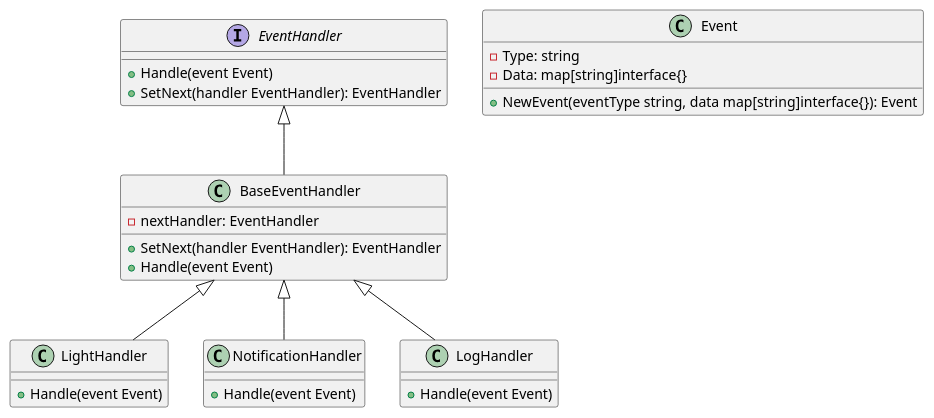
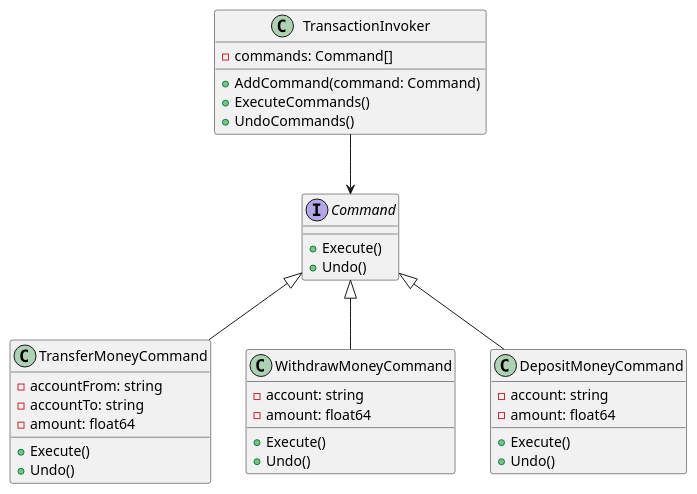
The diagram in klassifikaciya-patternov/povedencheskie-patterny-behavioral-patterns/komanda-command/primery/upravlenie-tranzakciyami-v-baze-dannykh/go.md (andrewovchinnikov/design-patterns), drawn with PlantUML before and after one commit. The commit also changed other lines of this file and 5 other files, not shown here.

````diff
--- a/klassifikaciya-patternov/povedencheskie-patterny-behavioral-patterns/komanda-command/primery/upravlenie-tranzakciyami-v-baze-dannykh/go.md
+++ b/klassifikaciya-patternov/povedencheskie-patterny-behavioral-patterns/komanda-command/primery/upravlenie-tranzakciyami-v-baze-dannykh/go.md
@@ -121,37 +136,44 @@
 ```plantuml
 @startuml
-interface EventHandler {
-    +Handle(event Event)
-    +SetNext(handler EventHandler): EventHandler
+
+interface Command {
+    +Execute()
+    +Undo()
 }
 
-class BaseEventHandler {
-    -nextHandler: EventHandler
-    +SetNext(handler EventHandler): EventHandler
-    +Handle(event Event)
+class TransferMoneyCommand {
+    -accountFrom: string
+    -accountTo: string
+    -amount: float64
+    +Execute()
+    +Undo()
 }
 
-class LightHandler {
-    +Handle(event Event)
+class WithdrawMoneyCommand {
+    -account: string
+    -amount: float64
+    +Execute()
+    +Undo()
 }
 
-class NotificationHandler {
-    +Handle(event Event)
+class DepositMoneyCommand {
+    -account: string
+    -amount: float64
+    +Execute()
+    +Undo()
 }
 
-class LogHandler {
-    +Handle(event Event)
+class TransactionInvoker {
+    -commands: Command[]
+    +AddCommand(command: Command)
+    +ExecuteCommands()
+    +UndoCommands()
 }
 
-class Event {
-    -Type: string
-    -Data: map[string]interface{}
-    +NewEvent(eventType string, data map[string]interface{}): Event
-}
+Command <|-- TransferMoneyCommand
+Command <|-- WithdrawMoneyCommand
+Command <|-- DepositMoneyCommand
+TransactionInvoker --> Command
 
-EventHandler <|-- BaseEventHandler
-BaseEventHandler <|-- LightHandler
-BaseEventHandler <|-- NotificationHandler
-BaseEventHandler <|-- LogHandler
 @enduml
 ```
````
